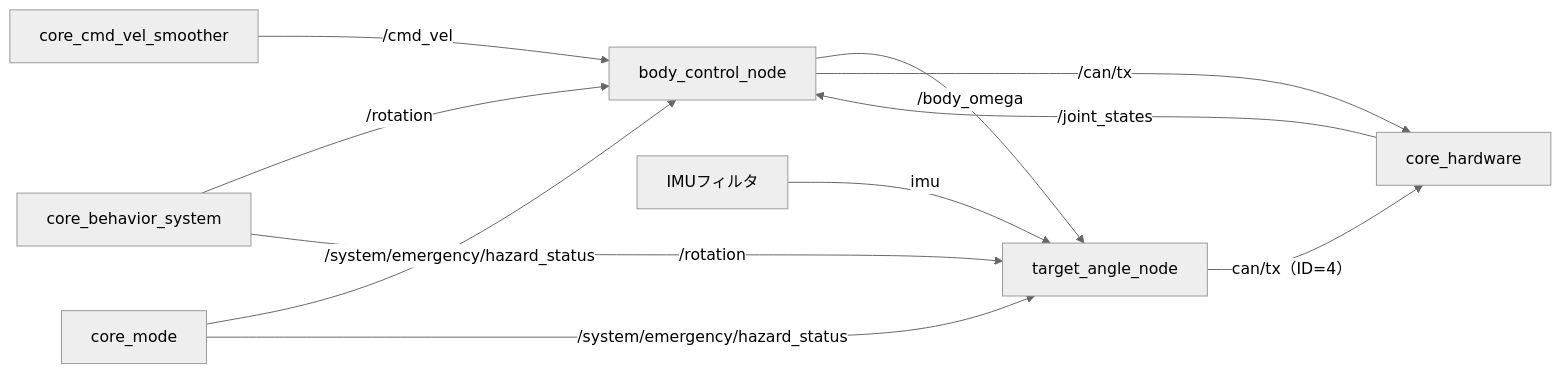
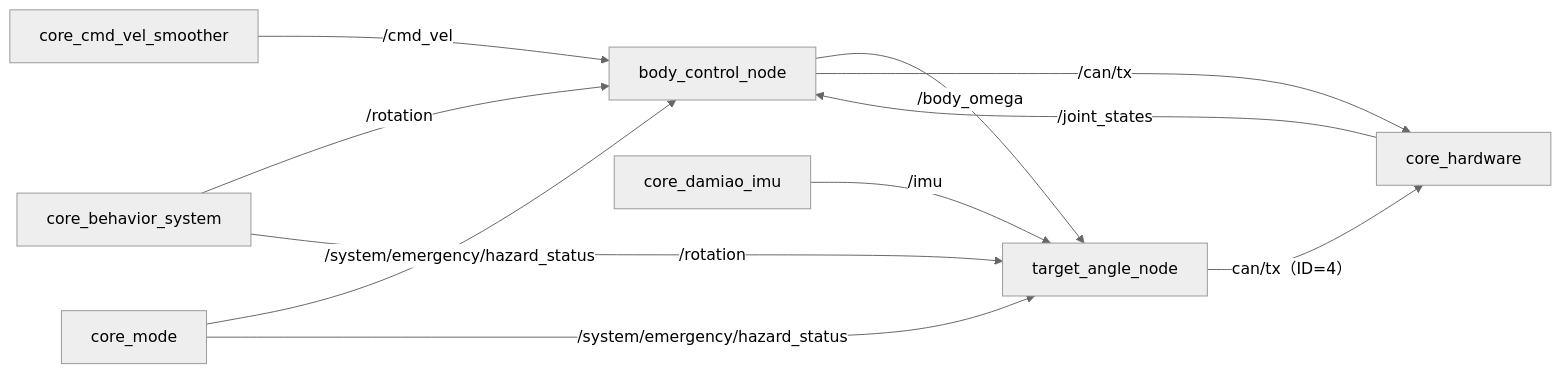
The diagram in docs/packages/core_body_controller/index.md (team-continue/core2026), drawn with Mermaid (neutral theme) before and after one commit. The commit also changed other lines of this file and 31 other files, not shown here.

Commit message:
feat: add Damiao IMU support

````diff
--- a/docs/packages/core_body_controller/index.md
+++ b/docs/packages/core_body_controller/index.md
@@ -15,14 +15,14 @@
 ```mermaid
 graph LR
     SM["core_cmd_vel_smoother"] -->|"/cmd_vel"| BC["body_control_node"]
     Emg["core_mode"] -->|"/system/emergency/hazard_status"| BC
     BS["core_behavior_system"] -->|"/rotation"| BC
     BS -->|"/rotation"| TA
-    IMU["IMUフィルタ"] -->|"imu"| TA["target_angle_node"]
+    IMU["core_damiao_imu"] -->|"/imu"| TA["target_angle_node"]
     Emg -->|"/system/emergency/hazard_status"| TA
 
     BC -->|"/body_omega"| TA
     BC -->|"/can/tx"| HW["core_hardware"]
     TA -->|"can/tx（ID=4）"| HW
     HW -->|"/joint_states"| BC
 ```
````
